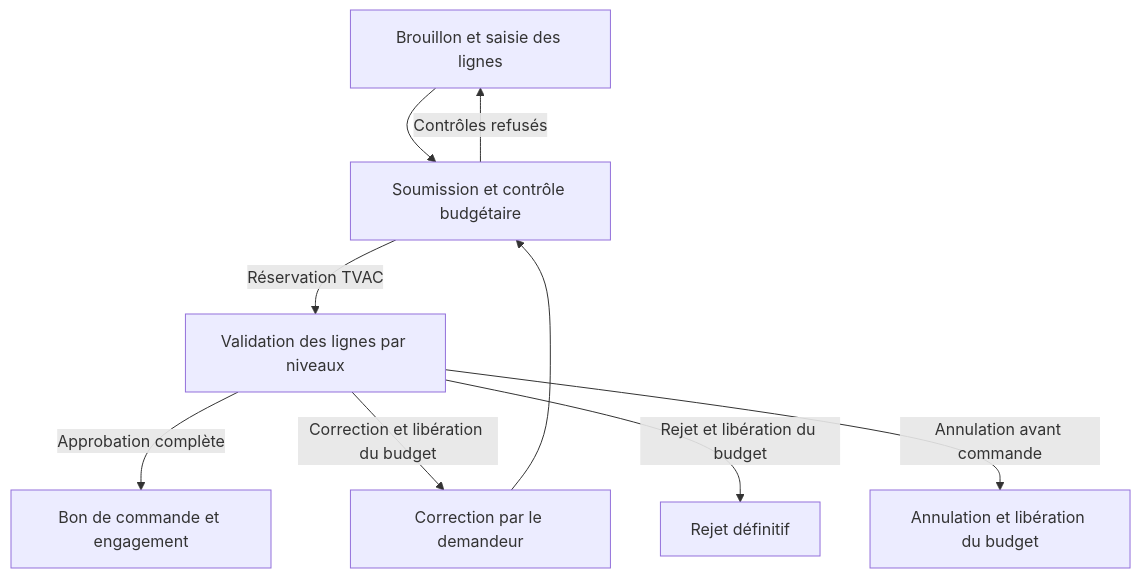
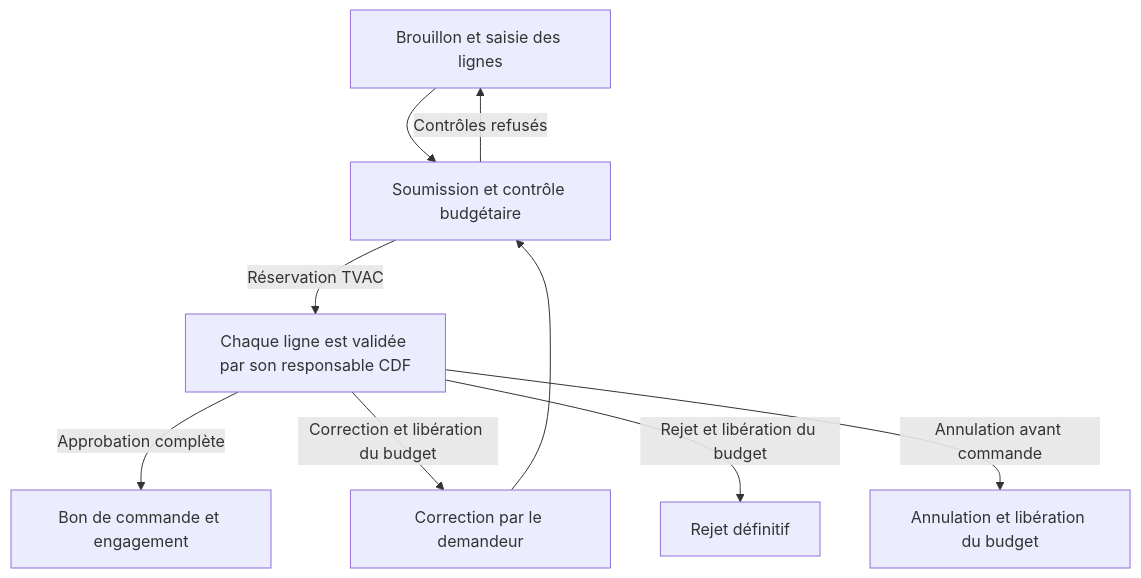
One commit to Malice-1/BF-ERP changed the diagram in docs/SYNTHESE_APPLICATION.md. Above: the diagram before and after it, drawn with Mermaid. The commit also changed other lines of this file and 228 other files, not shown here.

````diff
--- a/docs/SYNTHESE_APPLICATION.md
+++ b/docs/SYNTHESE_APPLICATION.md
@@ -17,11 +17,11 @@
 ```mermaid
 flowchart TD
     A[Brouillon et saisie des lignes] --> B[Soumission et contrôle budgétaire]
     B -->|Contrôles refusés| A
-    B -->|Réservation TVAC| C[Validation des lignes par niveaux]
+    B -->|Réservation TVAC| C[Chaque ligne est validée par son responsable CDF]
     C -->|Approbation complète| D[Bon de commande et engagement]
     C -->|Correction et libération du budget| E[Correction par le demandeur]
     E --> B
     C -->|Rejet et libération du budget| F[Rejet définitif]
     C -->|Annulation avant commande| G[Annulation et libération du budget]
 ```
````
